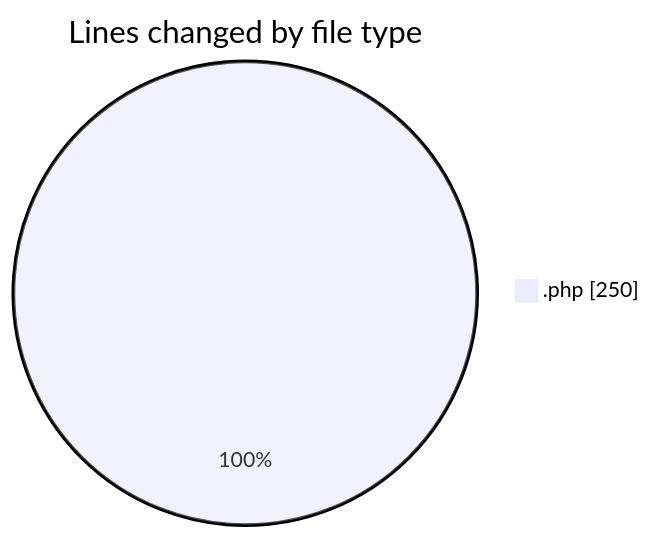
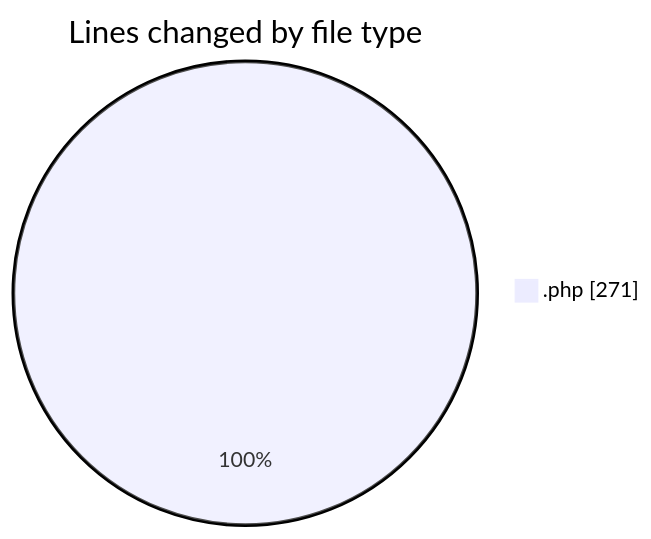
One commit to LanceThiago/code-tracking changed the first of 2 diagrams in 2026-08-31/web/README.md. Above: the diagram before and after it, drawn with Mermaid. The commit also changed other lines of this file and 1 other file, not shown here.

````diff
--- a/2026-08-31/web/README.md
+++ b/2026-08-31/web/README.md
@@ -22,5 +23,5 @@
 ```mermaid
 pie showData
 title Lines changed by file type
-".php" : 250
+".php" : 271
 ```
````
